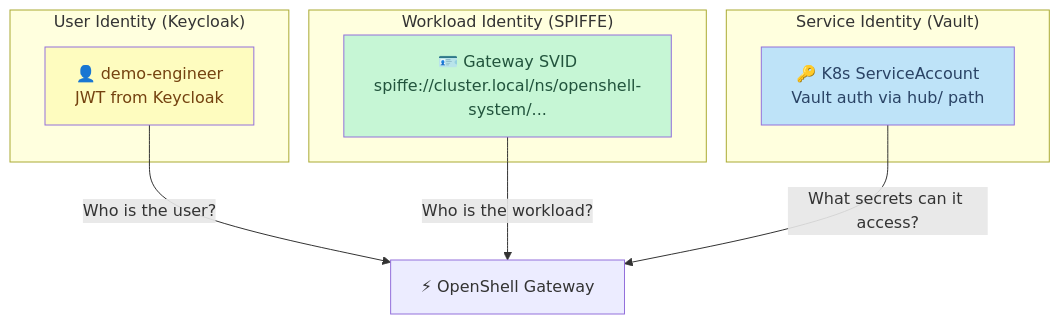
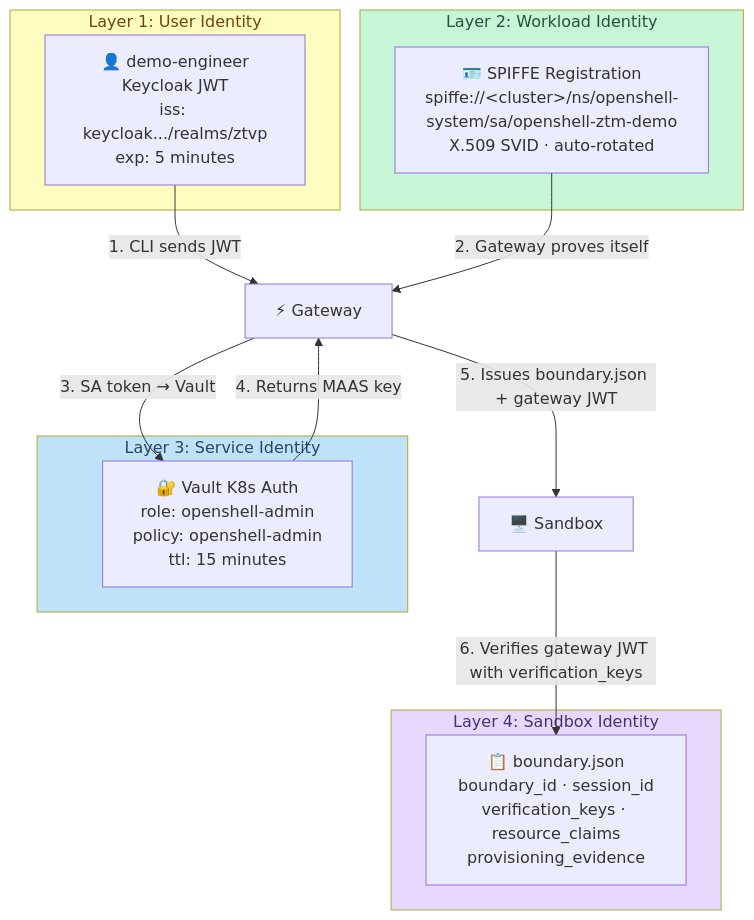
One commit to avijra/openshell-ztm-lab changed the fourth of 4 diagrams in docs/9a-user-authentication/README.md. Above: the diagram before and after it, drawn with Mermaid. The commit also changed other lines of this file and 2 other files, not shown here.

First line of the commit message:
feat(auth): expand Module 9a to cover full agent identity stack

````diff
--- a/docs/9a-user-authentication/README.md
+++ b/docs/9a-user-authentication/README.md
@@ -329,24 +883,33 @@
 ```mermaid
 graph TB
-    subgraph "User Identity (Keycloak)"
-        USER["👤 demo-engineer<br/>JWT from Keycloak"]
-    end
-    
-    subgraph "Workload Identity (SPIFFE)"
-        SPIFFE["🪪 Gateway SVID<br/>spiffe://cluster.local/ns/openshell-system/..."]
+    subgraph L1["Layer 1: User Identity"]
+        USER["👤 demo-engineer<br/>Keycloak JWT<br/>iss: keycloak.../realms/ztvp<br/>exp: 5 minutes"]
     end
 
-    subgraph "Service Identity (Vault)"
-        SA["🔑 K8s ServiceAccount<br/>Vault auth via hub/ path"]
+    subgraph L2["Layer 2: Workload Identity"]
+        SPIFFE["🪪 SPIFFE Registration<br/>spiffe://&lt;cluster&gt;/ns/openshell-system/sa/openshell-ztm-demo<br/>X.509 SVID · auto-rotated"]
     end
 
-    GW["⚡ OpenShell Gateway"]
+    subgraph L3["Layer 3: Service Identity"]
+        VAULT["🔐 Vault K8s Auth<br/>role: openshell-admin<br/>policy: openshell-admin<br/>ttl: 15 minutes"]
+    end
 
-    USER -->|"Who is the user?"| GW
-    SPIFFE -->|"Who is the workload?"| GW
-    SA -->|"What secrets can it access?"| GW
+    subgraph L4["Layer 4: Sandbox Identity"]
+        BOUNDARY["📋 boundary.json<br/>boundary_id · session_id<br/>verification_keys · resource_claims<br/>provisioning_evidence"]
+    end
 
-    style USER fill:#fefcbf,color:#744210
-    style SPIFFE fill:#c6f6d5,color:#22543d
-    style SA fill:#bee3f8,color:#2a4365
+    GW["⚡ Gateway"]
+    SB["🖥️ Sandbox"]
+
+    USER -->|"1. CLI sends JWT"| GW
+    SPIFFE -->|"2. Gateway proves itself"| GW
+    GW -->|"3. SA token → Vault"| VAULT
+    VAULT -->|"4. Returns MAAS key"| GW
+    GW -->|"5. Issues boundary.json + gateway JWT"| SB
+    SB -->|"6. Verifies gateway JWT with verification_keys"| BOUNDARY
+
+    style L1 fill:#fefcbf,color:#744210
+    style L2 fill:#c6f6d5,color:#22543d
+    style L3 fill:#bee3f8,color:#2a4365
+    style L4 fill:#e9d8fd,color:#44337a
 ```
````
